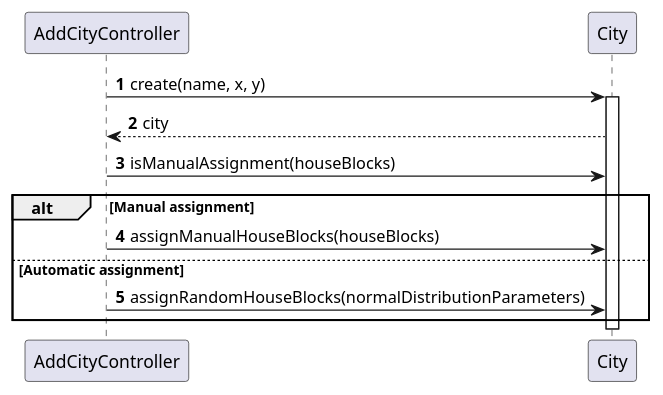
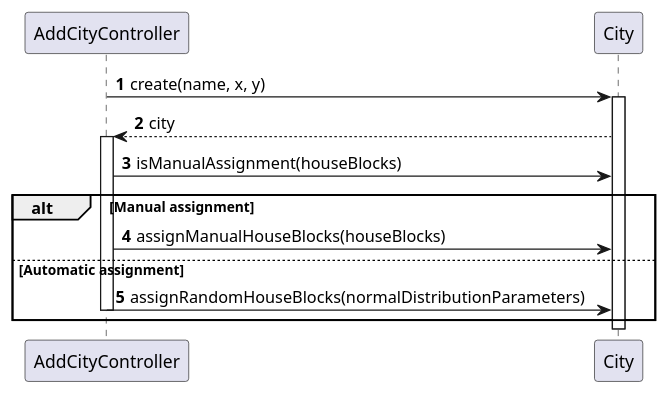
Before and after one commit to Andremonteiro1240850/railway_simulator: the diagram in Sprint2/US03/03.design.us03/puml/US03-SD-partial-create-city-assign-houseBlocks.puml, drawn with PlantUML. The commit also changed 6 other files, not shown here.

Commit message:
Diagrams Updated

```diff
--- a/Sprint2/US03/03.design.us03/puml/US03-SD-partial-create-city-assign-houseBlocks.puml
+++ b/Sprint2/US03/03.design.us03/puml/US03-SD-partial-create-city-assign-houseBlocks.puml
@@ -1,25 +1,27 @@
 @startuml
 'https://plantuml.com/sequence-diagram
 'skinparam monochrome true
 skinparam packageStyle rectangle
 skinparam shadowing false
 
 autonumber
 
 'hide footbox
 
 AddCityController -> City : create(name, x, y)
 activate City
 City --> AddCityController : city
+activate AddCityController
 
 ' Check assignment method
 AddCityController -> City : isManualAssignment(houseBlocks)
 
 alt Manual assignment
     AddCityController -> City : assignManualHouseBlocks(houseBlocks)
 else Automatic assignment
     AddCityController -> City : assignRandomHouseBlocks(normalDistributionParameters)
+    deactivate AddCityController
 end
 
 deactivate City
 @enduml
```
